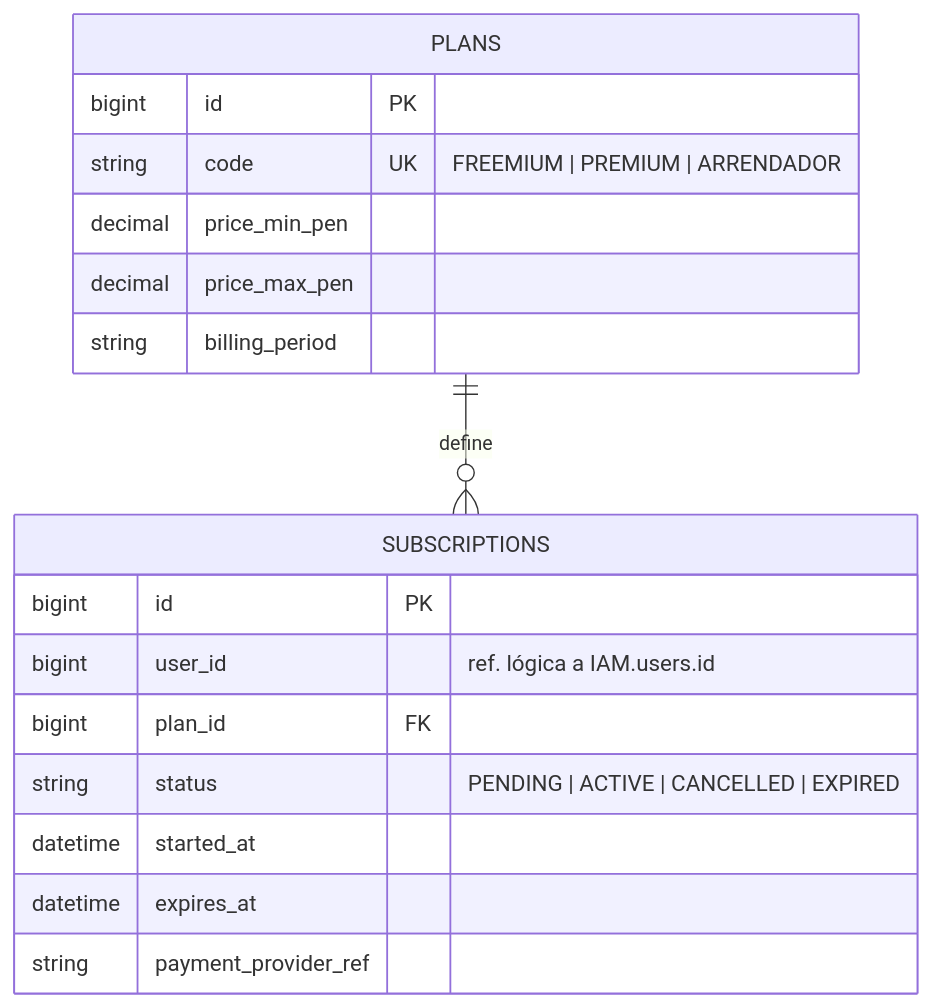
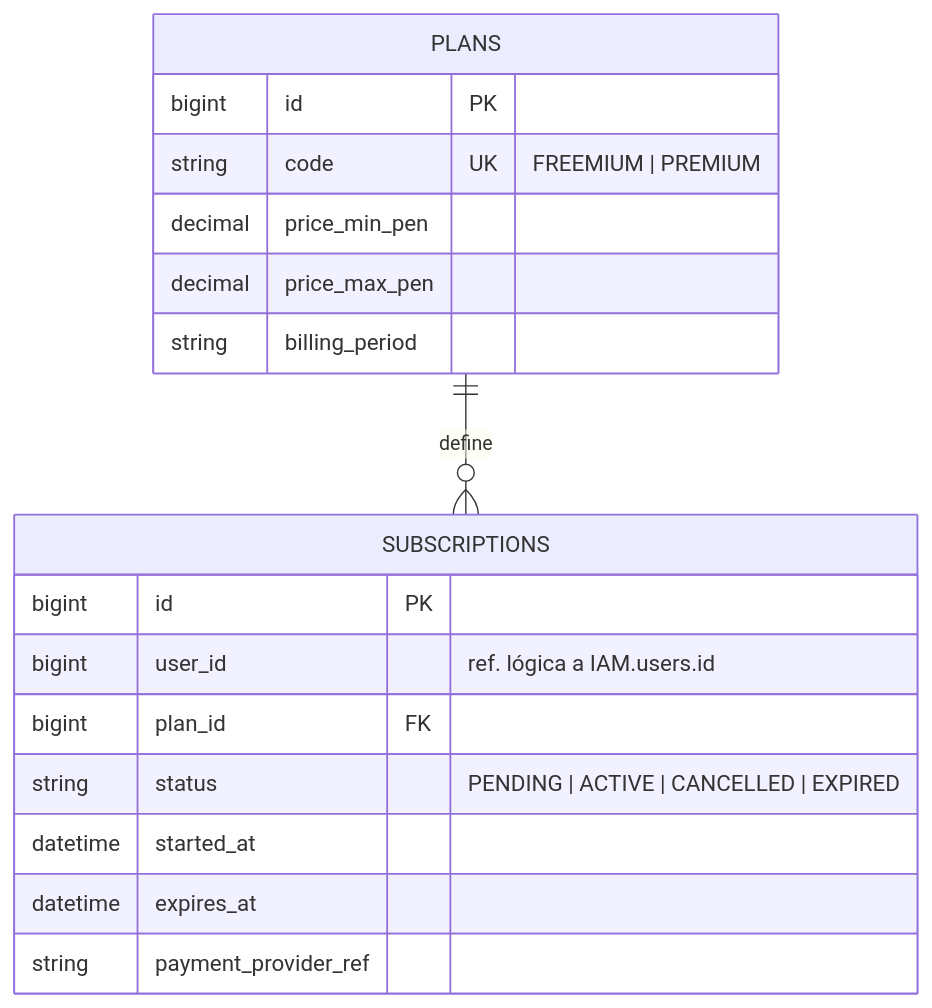
Before and after one commit to upc-pre-1ASI0657-9222-HydroSmart/Report: the ninth of 9 diagrams in README.md, drawn with Mermaid. The commit also changed other lines of this file, not shown here.

Commit message:
docs: asegurar consistencia en Punto 6 y eliminar residuos de arrendador en 4.1.5

````diff
--- a/README.md
+++ b/README.md
@@ -373,21 +373,21 @@
 ```mermaid
 erDiagram
     PLANS ||--o{ SUBSCRIPTIONS : "define"
 
     PLANS {
         bigint id PK
-        string code UK "FREEMIUM | PREMIUM | ARRENDADOR"
+        string code UK "FREEMIUM | PREMIUM"
         decimal price_min_pen
         decimal price_max_pen
         string billing_period
     }
     SUBSCRIPTIONS {
         bigint id PK
         bigint user_id "ref. lógica a IAM.users.id"
         bigint plan_id FK
         string status "PENDING | ACTIVE | CANCELLED | EXPIRED"
         datetime started_at
         datetime expires_at
         string payment_provider_ref
     }
 ```
````
